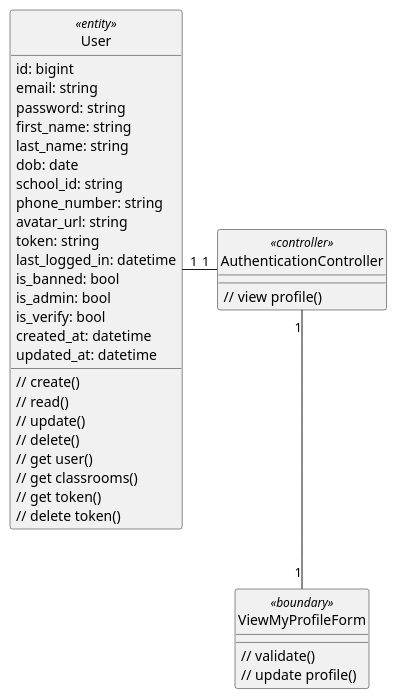
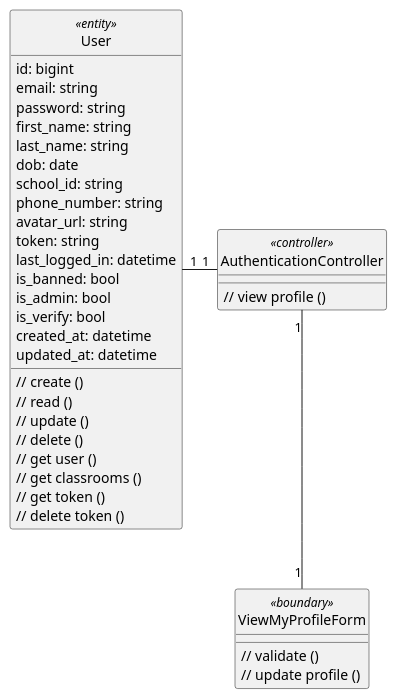
Before and after one commit to anonyhostvn/OOAD-Diagram: the diagram in class - analysis/authentication/viewMyProfile.plantuml, drawn with PlantUML. The commit also changed 6 other files, not shown here.

```diff
--- a/class - analysis/authentication/viewMyProfile.plantuml
+++ b/class - analysis/authentication/viewMyProfile.plantuml
@@ -1,47 +1,47 @@
 @startuml login
 
 class User <<entity>> {
     id: bigint
     email: string
     password: string
     first_name: string
     last_name: string
     dob: date
     school_id: string
     phone_number: string
     avatar_url: string
     token: string
     last_logged_in: datetime
     is_banned: bool
     is_admin: bool
     is_verify: bool
     created_at: datetime
     updated_at: datetime
 
-    // create()
-    // read()
-    // update()
-    // delete()
-    // get user()
-    // get classrooms()
-    // get token()
-    // delete token()
+    // create ()
+    // read ()
+    // update ()
+    // delete ()
+    // get user ()
+    // get classrooms ()
+    // get token ()
+    // delete token ()
 }
 
 class ViewMyProfileForm <<boundary>> {
-    // validate()
-    // update profile()
+    // validate ()
+    // update profile ()
 }
 
 class AuthenticationController <<controller>> {
-    // view profile()
+    // view profile ()
 }
 
 hide User <<entity>> circle
 hide ViewMyProfileForm <<boundary>> circle
 hide AuthenticationController <<controller>> circle
 
 AuthenticationController "1" -left- "1" User
 AuthenticationController "1" -down- "1" ViewMyProfileForm
 
 @enduml
```
